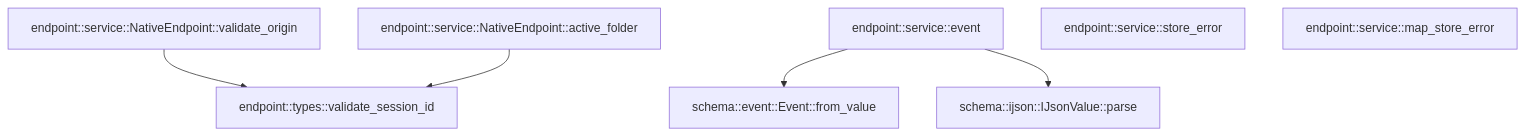
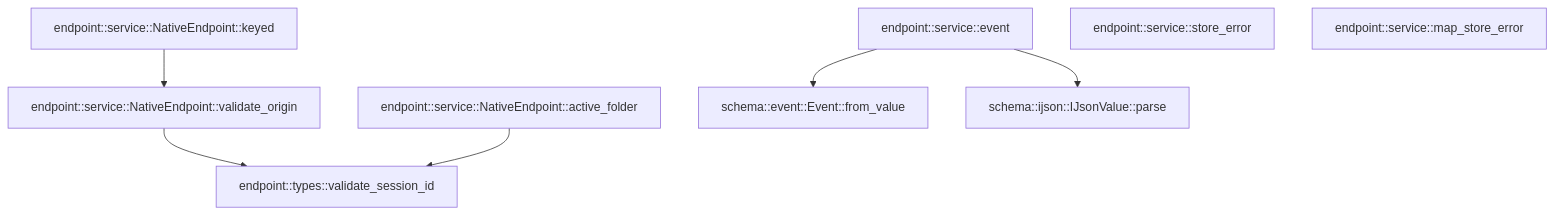
The third of 3 diagrams in crates/endpoint/docs/generated/src--service.md (TekesApps/TekesKernel), drawn with Mermaid before and after one commit. The commit also changed other lines of this file and 56 other files, not shown here.

````diff
--- a/crates/endpoint/docs/generated/src--service.md
+++ b/crates/endpoint/docs/generated/src--service.md
@@ -252,15 +254,17 @@
 ```mermaid
 flowchart TD
-  n0["endpoint::service::NativeEndpoint::validate_origin"]
-  n1["endpoint::service::NativeEndpoint::active_folder"]
-  n2["endpoint::service::event"]
-  n3["endpoint::service::store_error"]
-  n4["endpoint::service::map_store_error"]
-  n5["endpoint::types::validate_session_id"]
-  n6["schema::event::Event::from_value"]
-  n7["schema::ijson::IJsonValue::parse"]
-  n0 --> n5
-  n1 --> n5
+  n0["endpoint::service::NativeEndpoint::keyed"]
+  n1["endpoint::service::NativeEndpoint::validate_origin"]
+  n2["endpoint::service::NativeEndpoint::active_folder"]
+  n3["endpoint::service::event"]
+  n4["endpoint::service::store_error"]
+  n5["endpoint::service::map_store_error"]
+  n6["endpoint::types::validate_session_id"]
+  n7["schema::event::Event::from_value"]
+  n8["schema::ijson::IJsonValue::parse"]
+  n0 --> n1
+  n1 --> n6
   n2 --> n6
-  n2 --> n7
+  n3 --> n7
+  n3 --> n8
 ```
````
